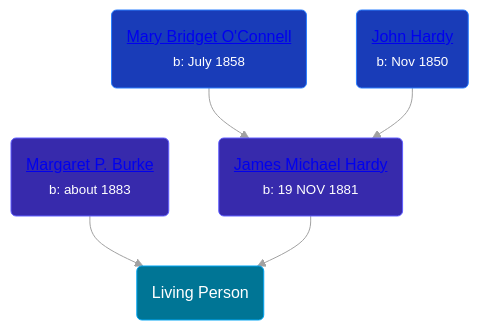
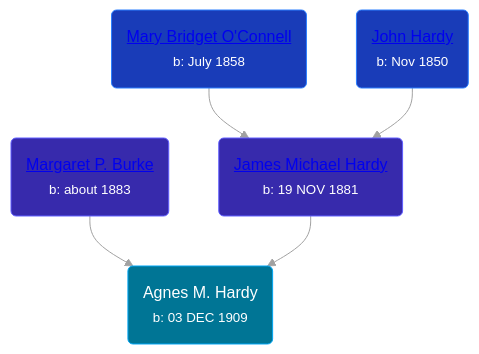
The diagram in pages/people/6/66419672.md (wpmgotkh/wpmgotkh.github.io), drawn with Mermaid before and after one commit. The commit also changed other lines of this file and 56 other files, not shown here.

````diff
--- a/pages/people/6/66419672.md
+++ b/pages/people/6/66419672.md
@@ -10,12 +11,12 @@
 ```mermaid
 graph
 classDef grands fill:#193cb8,stroke:#2b7fff,stroke-width:1px,color:#fff;
 classDef parents fill:#372aac,stroke:#615fff,stroke-width:1px,color:#fff;
 classDef primary fill:#007595,stroke:#00a6f4,stroke-width:1px,color:#fff;
-66419672(Living Person):::primary
+66419672(Agnes M. Hardy<br /><small>b: 03 DEC 1909</small>):::primary
 29782872(<a class="text-white" href="/people/2/29782872">Margaret P. Burke</a><br /><small>b: about 1883</small>):::parents-->66419672
 11204316(<a class="text-white" href="/people/1/11204316">James Michael Hardy</a><br /><small>b: 19 NOV 1881</small>):::parents-->66419672
 47047024(<a class="text-white" href="/people/4/47047024">Mary Bridget O'Connell</a><br /><small>b: July 1858</small>):::grands-->11204316
 56182816(<a class="text-white" href="/people/5/56182816">John Hardy</a><br /><small>b: Nov 1850</small>):::grands-->11204316
 linkStyle default stroke:#a1a1a1
 ```
````
